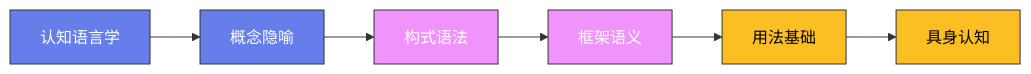
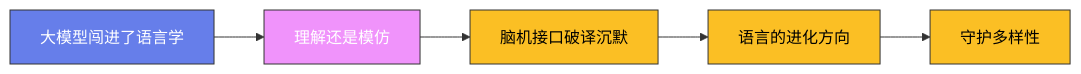
One commit to Fengur/Fengur.github.io changed the diagram in content/posts/ModelCreate/语言学/20-语言学的未来.md. Above: the diagram before and after it, drawn with Mermaid. The commit also changed other lines of this file and 505 other files, not shown here.

First line of the commit message:
content(blog): ModelCreate 全站质量修复——front matter 补全、占位图修复、事实错误修正、注水文重写

````diff
--- a/content/posts/ModelCreate/语言学/20-语言学的未来.md
+++ b/content/posts/ModelCreate/语言学/20-语言学的未来.md
@@ -35,16 +38,21 @@
 ```mermaid
 graph LR
-    A["认知语言学"] --> B["概念隐喻"]
-    B --> C["构式语法"]
-    C --> D["框架语义"]
-    D --> E["用法基础"]
-    E --> F["具身认知"]
+    A["大模型闯进了语言学"]
+    B["理解还是模仿"]
+    C["脑机接口破译沉默"]
+    D["语言的进化方向"]
+    E["守护多样性"]
+
+    A --> B
+    B --> C
+    C --> D
+    D --> E
 
     classDef early fill:#667eea,stroke:#333,color:white
     classDef mid fill:#f093fb,stroke:#333,color:white
     classDef modern fill:#fbbf24,stroke:#333,color:black
 
-    class A,B early
-    class C,D mid
-    class E,F modern
+    class A early
+    class B mid
+    class C,D,E modern
 ```
````
